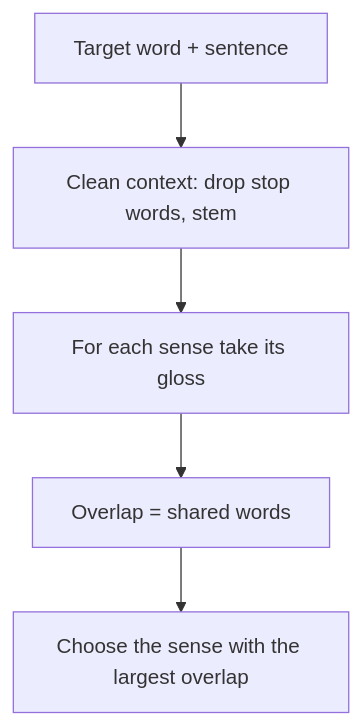
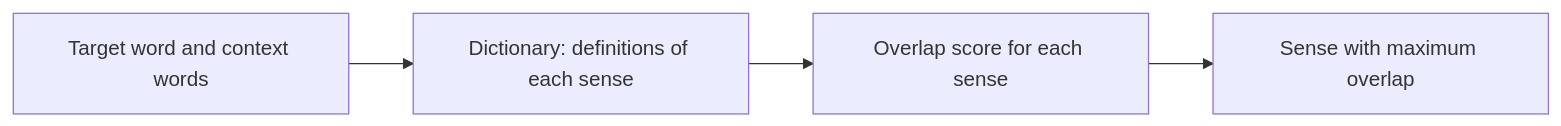
One commit to TrendySloth1001/sem-seven-notes changed the diagram in content/natural-language-processing/pyq/2022-12-ce/q5a.mdx. Above: the diagram before and after it, drawn with Mermaid. The commit also changed other lines of this file and 406 other files, not shown here.

````diff
--- a/content/natural-language-processing/pyq/2022-12-ce/q5a.mdx
+++ b/content/natural-language-processing/pyq/2022-12-ce/q5a.mdx
@@ -21,8 +57,7 @@
 ```mermaid
-%% caption: Lesk. For every sense, count the words its definition shares with the sentence and keep the sense with the biggest count.
-flowchart TD
-  A["Target word + sentence"] --> B["Clean context: drop stop words, stem"]
-  B --> C["For each sense take its gloss"]
-  C --> D["Overlap = shared words"]
-  D --> E["Choose the sense with the largest overlap"]
+%% caption: The dictionary-based approach: score each sense by overlap with the context.
+flowchart LR
+  A["Target word and context words"] --> B["Dictionary: definitions of each sense"]
+  B --> C["Overlap score for each sense"]
+  C --> D["Sense with maximum overlap"]
 ```
````
